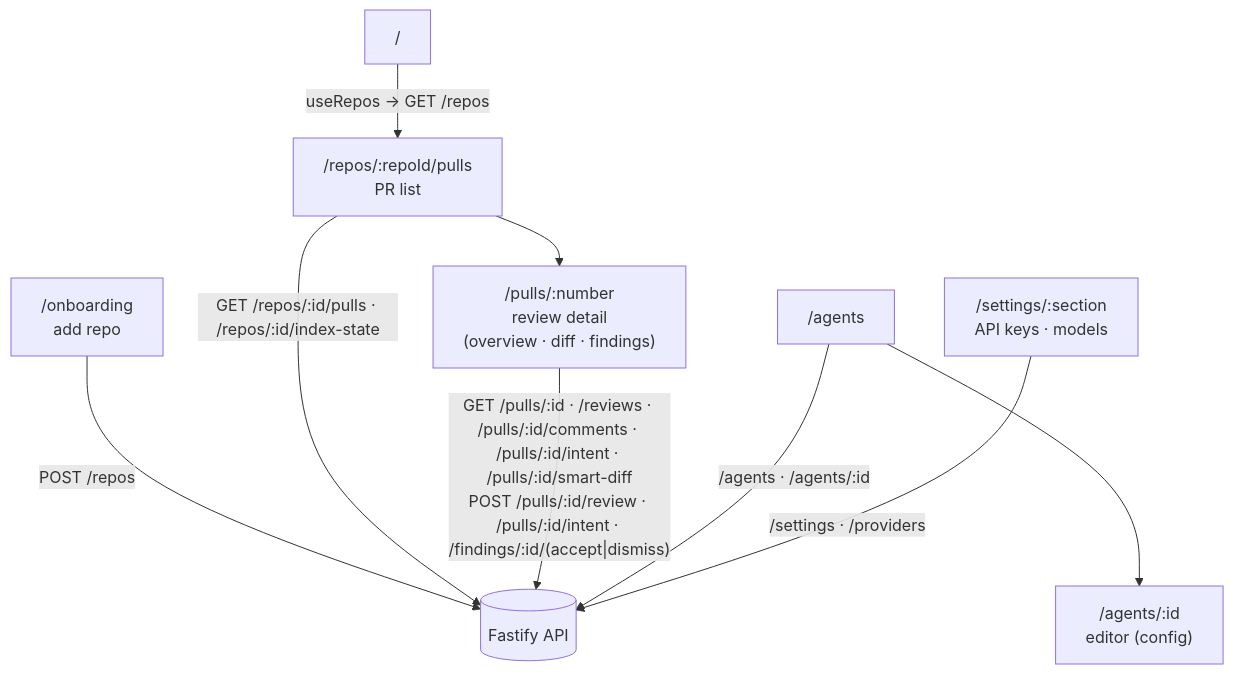
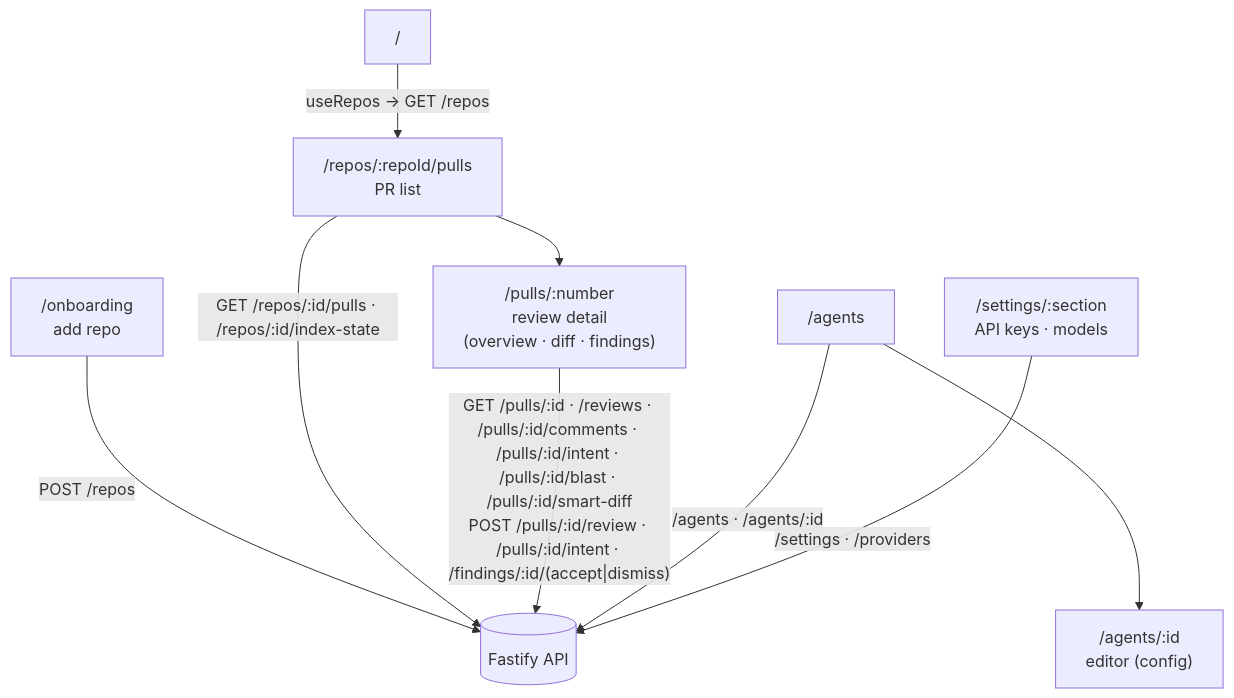
Before and after one commit to AndriiSiuta/dev-digest: the diagram in client/README.md, drawn with Mermaid. The commit also changed 58 other files, not shown here.

````diff
--- a/client/README.md
+++ b/client/README.md
@@ -24,14 +24,14 @@
 ```mermaid
 flowchart TD
   ROOT["/"] -->|"useRepos → GET /repos"| PULLS["/repos/:repoId/pulls<br/>PR list"]
   ONB["/onboarding<br/>add repo"] -->|"POST /repos"| API[("Fastify API")]
   PULLS --> PR["/pulls/:number<br/>review detail<br/>(overview · diff · findings)"]
 
   AGENTS["/agents"] --> AGENT["/agents/:id<br/>editor (config)"]
   SETTINGS["/settings/:section<br/>API keys · models"]
 
   PULLS -->|"GET /repos/:id/pulls · /repos/:id/index-state"| API
-  PR -->|"GET /pulls/:id · /reviews · /pulls/:id/comments · /pulls/:id/intent · /pulls/:id/smart-diff<br/>POST /pulls/:id/review · /pulls/:id/intent · /findings/:id/(accept|dismiss)"| API
+  PR -->|"GET /pulls/:id · /reviews · /pulls/:id/comments · /pulls/:id/intent · /pulls/:id/blast · /pulls/:id/smart-diff<br/>POST /pulls/:id/review · /pulls/:id/intent · /findings/:id/(accept|dismiss)"| API
   AGENTS -->|"/agents · /agents/:id"| API
   SETTINGS -->|"/settings · /providers"| API
 ```
````
